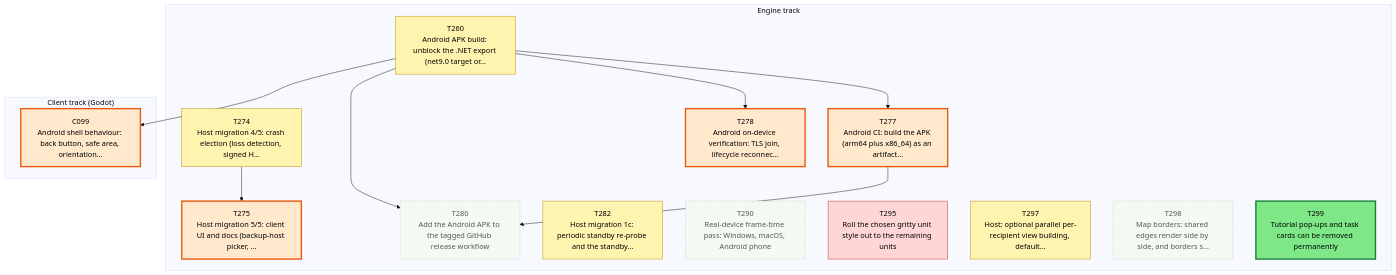
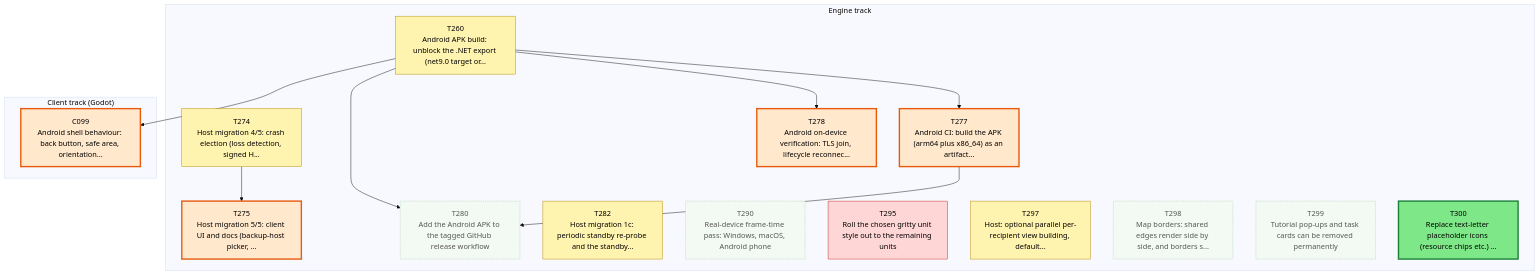
One commit to Kenmura/Unciv changed the first of 3 diagrams in csharp/migration/DEPENDENCY_MAP.md. Above: the diagram before and after it, drawn with Mermaid (base theme). The commit also changed other lines of this file and 2 other files, not shown here.

First line of the commit message:
migration: add T300 replace text placeholder icons

````diff
--- a/csharp/migration/DEPENDENCY_MAP.md
+++ b/csharp/migration/DEPENDENCY_MAP.md
@@ -35,46 +35,48 @@
 ```mermaid
 flowchart TD
   subgraph TTRACK["Engine track"]
     T260["T260<br/>Android APK build: unblock the .NET export (net9.0 target or..."]
     T274["T274<br/>Host migration 4/5: crash election (loss detection, signed H..."]
     T275["T275<br/>Host migration 5/5: client UI and docs (backup-host picker, ..."]
     T277["T277<br/>Android CI: build the APK (arm64 plus x86_64) as an artifact..."]
     T278["T278<br/>Android on-device verification: TLS join, lifecycle reconnec..."]
     T280["T280<br/>Add the Android APK to the tagged GitHub release workflow"]
     T282["T282<br/>Host migration 1c: periodic standby re-probe and the standby..."]
     T290["T290<br/>Real-device frame-time pass: Windows, macOS, Android phone"]
     T295["T295<br/>Roll the chosen gritty unit style out to the remaining units"]
     T297["T297<br/>Host: optional parallel per-recipient view building, default..."]
     T298["T298<br/>Map borders: shared edges render side by side, and borders s..."]
     T299["T299<br/>Tutorial pop-ups and task cards can be removed permanently"]
+    T300["T300<br/>Replace text-letter placeholder icons (resource chips etc.) ..."]
   end
   subgraph CTRACK["Client track (Godot)"]
     C099["C099<br/>Android shell behaviour: back button, safe area, orientation..."]
   end
   T274 --> T275
   T260 --> T277
   T260 --> T278
   T260 --> T280
   T277 --> T280
   T260 --> C099
   classDef waiting fill:#f3faf3,stroke:#9bc49b,color:#555,stroke-dasharray:2 2
   classDef ondeck fill:#ffe8cc,stroke:#e8590c,stroke-width:3px,color:#000
   classDef ready fill:#7ee787,stroke:#1a7f37,stroke-width:3px,color:#000
   classDef prog fill:#fff3b0,stroke:#b58900,color:#000
   classDef review fill:#cfe4ff,stroke:#1f6feb,color:#000
   classDef blocked fill:#ffd6d6,stroke:#c62828,color:#000
   classDef done fill:#eeeeee,stroke:#999999,color:#666,stroke-dasharray:4 3
   class C099 ondeck
   class T260 prog
   class T274 prog
   class T275 ondeck
   class T277 ondeck
   class T278 ondeck
   class T280 waiting
   class T282 prog
   class T290 waiting
   class T295 blocked
   class T297 prog
   class T298 waiting
-  class T299 ready
+  class T299 waiting
+  class T300 ready
 ```
````
